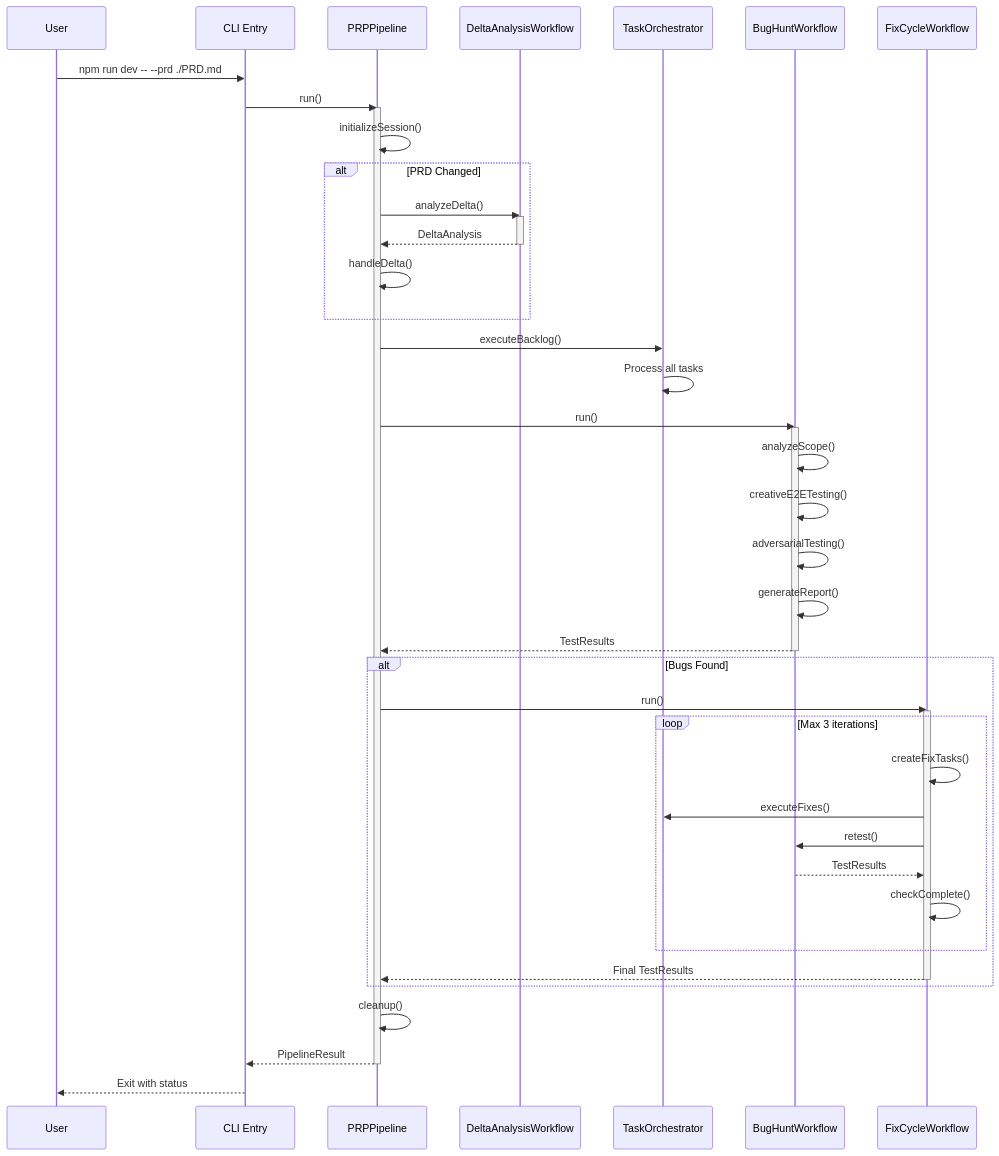
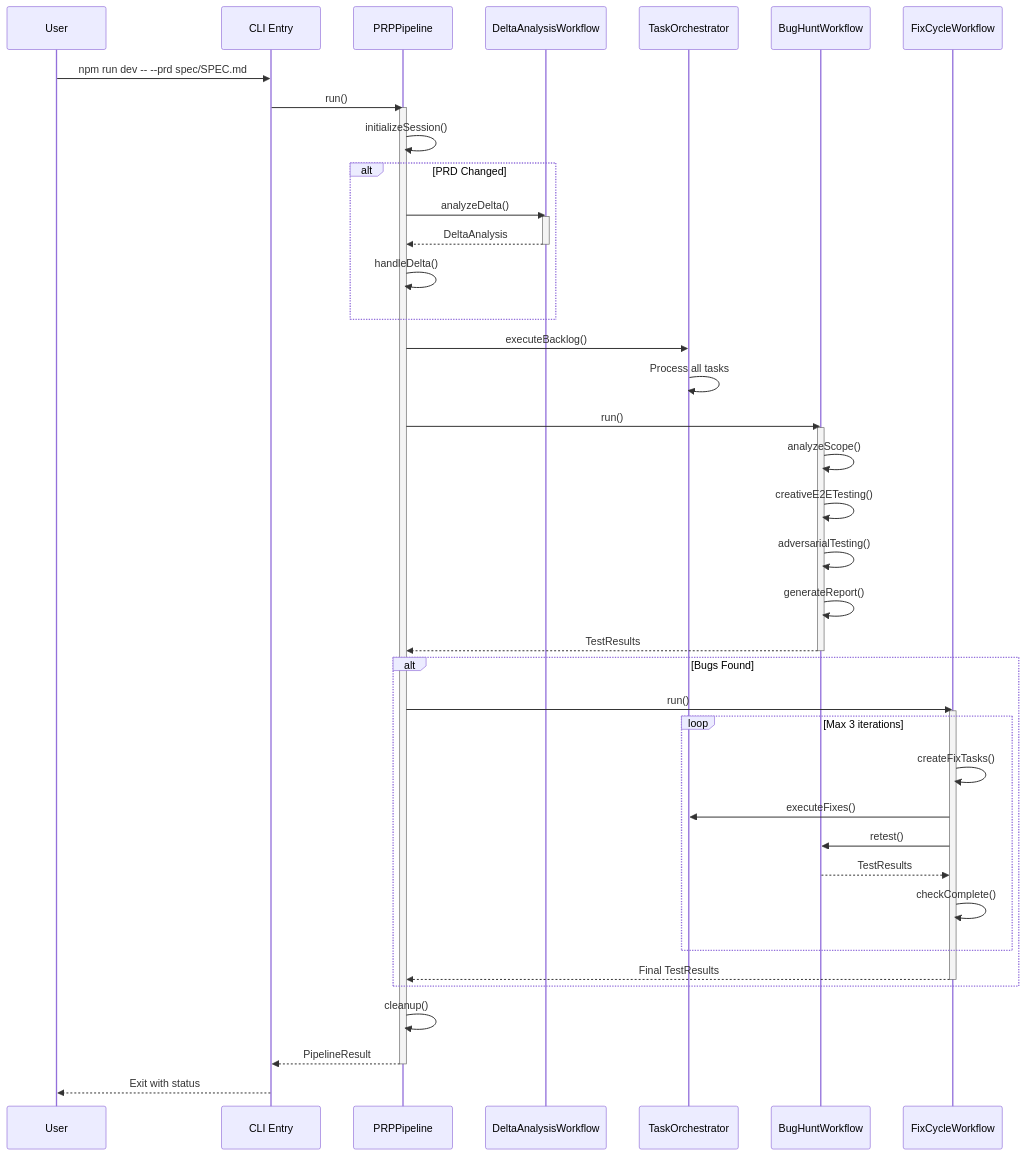
The ninth of 10 diagrams in docs/WORKFLOWS.md (dabstractor/hack), drawn with Mermaid before and after one commit. The commit also changed other lines of this file and 11 other files, not shown here.

````diff
--- a/docs/WORKFLOWS.md
+++ b/docs/WORKFLOWS.md
@@ -1082,54 +1082,54 @@
 ```mermaid
 sequenceDiagram
     participant User
     participant CLI as CLI Entry
     participant Pipeline as PRPPipeline
     participant Delta as DeltaAnalysisWorkflow
     participant Orchestrator as TaskOrchestrator
     participant QA as BugHuntWorkflow
     participant Fix as FixCycleWorkflow
 
-    User->>CLI: npm run dev -- --prd ./PRD.md
+    User->>CLI: npm run dev -- --prd spec/SPEC.md
     CLI->>Pipeline: run()
     activate Pipeline
     Pipeline->>Pipeline: initializeSession()
 
     alt PRD Changed
         Pipeline->>Delta: analyzeDelta()
         activate Delta
         Delta-->>Pipeline: DeltaAnalysis
         deactivate Delta
         Pipeline->>Pipeline: handleDelta()
     end
 
     Pipeline->>Orchestrator: executeBacklog()
     Orchestrator->>Orchestrator: Process all tasks
 
     Pipeline->>QA: run()
     activate QA
     QA->>QA: analyzeScope()
     QA->>QA: creativeE2ETesting()
     QA->>QA: adversarialTesting()
     QA->>QA: generateReport()
     QA-->>Pipeline: TestResults
     deactivate QA
 
     alt Bugs Found
         Pipeline->>Fix: run()
         activate Fix
         loop Max 3 iterations
             Fix->>Fix: createFixTasks()
             Fix->>Orchestrator: executeFixes()
             Fix->>QA: retest()
             QA-->>Fix: TestResults
             Fix->>Fix: checkComplete()
         end
         Fix-->>Pipeline: Final TestResults
         deactivate Fix
     end
 
     Pipeline->>Pipeline: cleanup()
     Pipeline-->>CLI: PipelineResult
     deactivate Pipeline
     CLI-->>User: Exit with status
 ```
````
